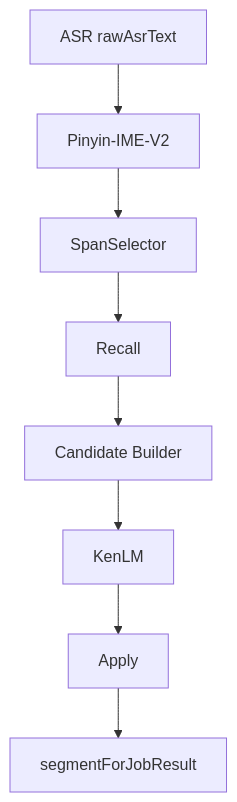
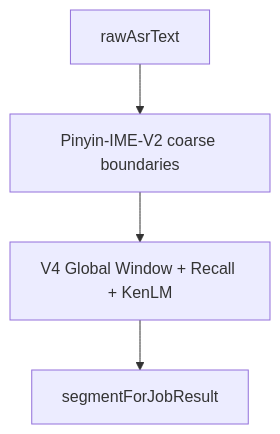
The diagram in docs/pinyin-v2/ARCHITECTURE.md (TinoTau/lingua_1), drawn with Mermaid before and after one commit. The commit also changed other lines of this file and 208 other files, not shown here.

````diff
--- a/docs/pinyin-v2/ARCHITECTURE.md
+++ b/docs/pinyin-v2/ARCHITECTURE.md
@@ -61,12 +56,8 @@
 ```mermaid
 flowchart TB
-  ASR[ASR rawAsrText]
-  IME[Pinyin-IME-V2]
-  SS[SpanSelector]
-  RC[Recall]
-  CB[Candidate Builder]
-  KL[KenLM]
-  AP[Apply]
+  ASR[rawAsrText]
+  IME[Pinyin-IME-V2 coarse boundaries]
+  V4[V4 Global Window + Recall + KenLM]
   OUT[segmentForJobResult]
-  ASR --> IME --> SS --> RC --> CB --> KL --> AP --> OUT
+  ASR --> IME --> V4 --> OUT
 ```
````
